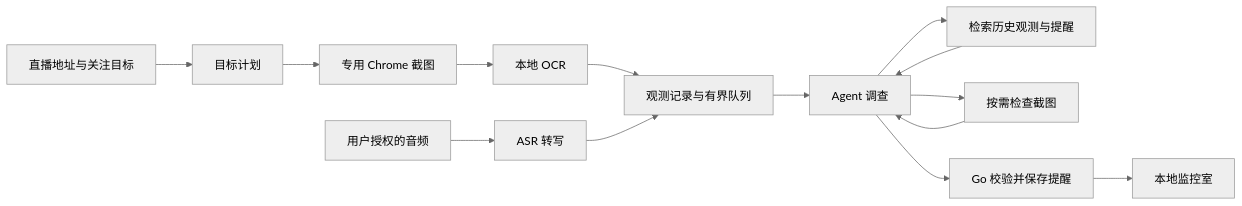
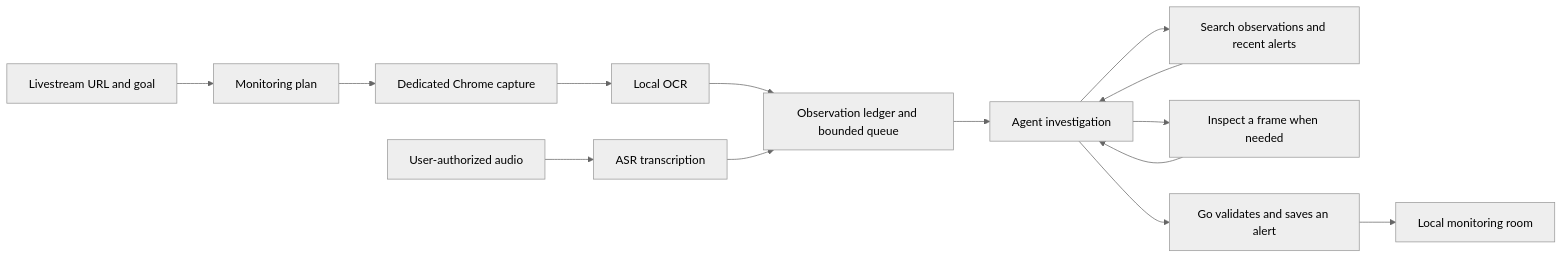
The diagram in README.md (sdaAlbert/liveguard), drawn with Mermaid (neutral theme) before and after one commit. The commit also changed other lines of this file and 3 other files, not shown here.

````diff
--- a/README.md
+++ b/README.md
@@ -18,16 +36,16 @@
 ```mermaid
 flowchart LR
-    U[直播地址与关注目标] --> P[目标计划]
-    P --> C[专用 Chrome 截图]
-    C --> O[本地 OCR]
-    A[用户授权的音频] --> S[ASR 转写]
-    O --> Q[观测记录与有界队列]
+    U[Livestream URL and goal] --> P[Monitoring plan]
+    P --> C[Dedicated Chrome capture]
+    C --> O[Local OCR]
+    A[User-authorized audio] --> S[ASR transcription]
+    O --> Q[Observation ledger and bounded queue]
     S --> Q
-    Q --> R[Agent 调查]
-    R --> H[检索历史观测与提醒]
-    R --> V[按需检查截图]
+    Q --> R[Agent investigation]
+    R --> H[Search observations and recent alerts]
+    R --> V[Inspect a frame when needed]
     H --> R
     V --> R
-    R --> G[Go 校验并保存提醒]
-    G --> UI[本地监控室]
+    R --> G[Go validates and saves an alert]
+    G --> UI[Local monitoring room]
 ```
````
